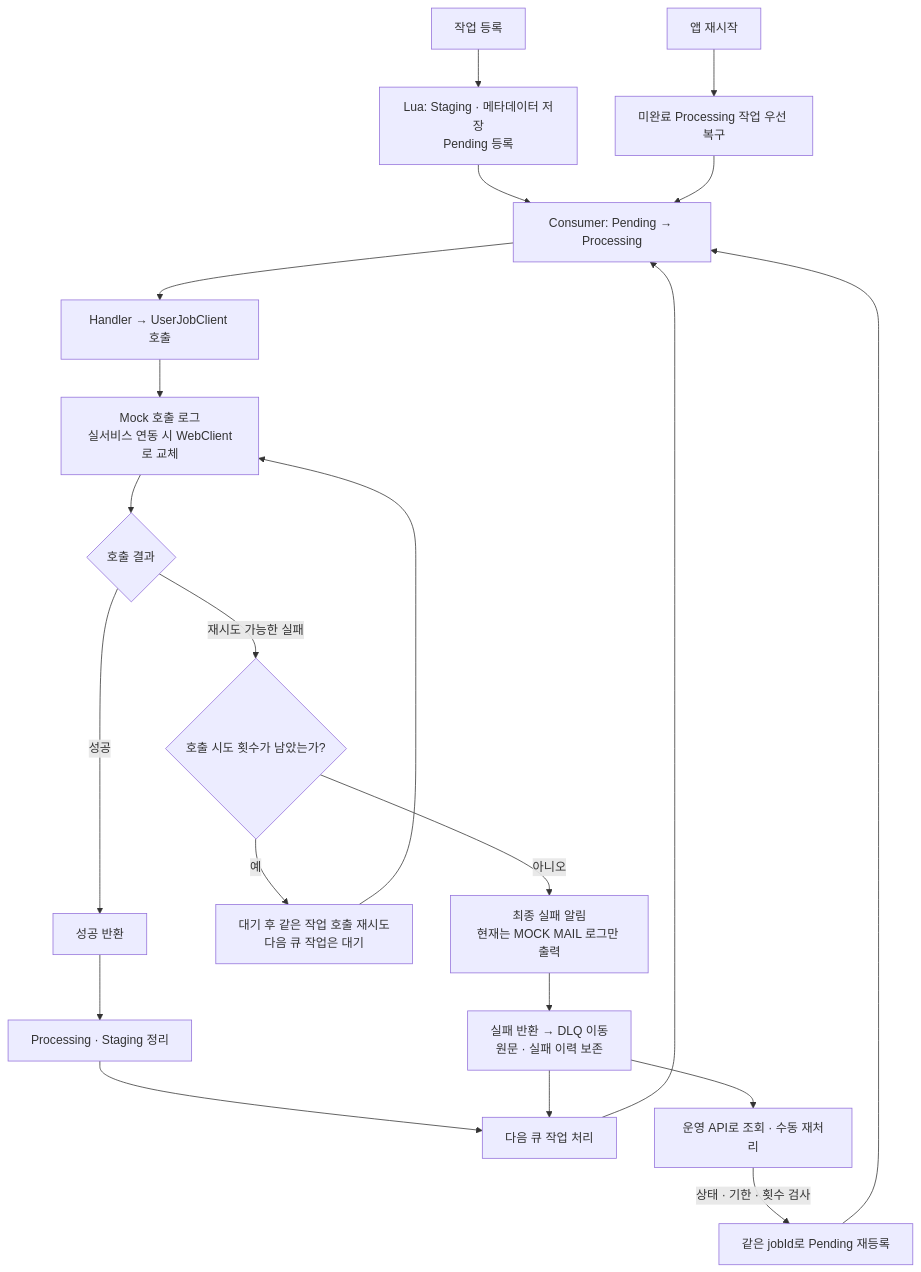
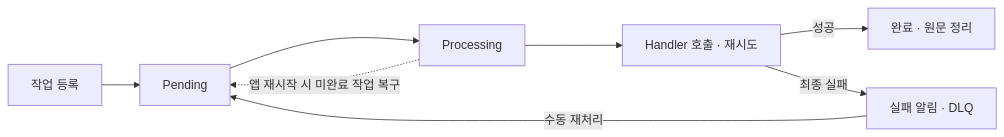
The diagram in README.md (radiant1010/redis_queue), drawn with Mermaid before and after one commit. The commit also changed other lines of this file and 1 other file, not shown here.

````diff
--- a/README.md
+++ b/README.md
@@ -22,23 +10,10 @@
 ```mermaid
-flowchart TD
-    A["작업 등록"] --> B["Lua: Staging · 메타데이터 저장<br/>Pending 등록"]
-    B --> C["Consumer: Pending → Processing"]
-    C --> D["Handler → UserJobClient 호출"]
-    D --> E["Mock 호출 로그<br/>실서비스 연동 시 WebClient로 교체"]
-    E --> F{"호출 결과"}
-    F -->|성공| G["성공 반환"]
-    F -->|재시도 가능한 실패| R{"호출 시도 횟수가 남았는가?"}
-    R -->|예| W["대기 후 같은 작업 호출 재시도<br/>다음 큐 작업은 대기"]
-    W --> E
-    R -->|아니오| M["최종 실패 알림<br/>현재는 MOCK MAIL 로그만 출력"]
-    M --> H["실패 반환 → DLQ 이동<br/>원문 · 실패 이력 보존"]
-    G --> I["Processing · Staging 정리"]
-    I --> N["다음 큐 작업 처리"]
-    H --> N
-    N --> C
-    H --> O["운영 API로 조회 · 수동 재처리"]
-    O -->|상태 · 기한 · 횟수 검사| B2["같은 jobId로 Pending 재등록"]
-    B2 --> C
-    S["앱 재시작"] --> P["미완료 Processing 작업 우선 복구"]
-    P --> C
+flowchart LR
+    A[작업 등록] --> B[Pending]
+    B --> C[Processing]
+    C --> D[Handler 호출 · 재시도]
+    D -->|성공| E[완료 · 원문 정리]
+    D -->|최종 실패| F[실패 알림 · DLQ]
+    F -->|수동 재처리| B
+    C -.->|앱 재시작 시 미완료 작업 복구| B
 ```
````
